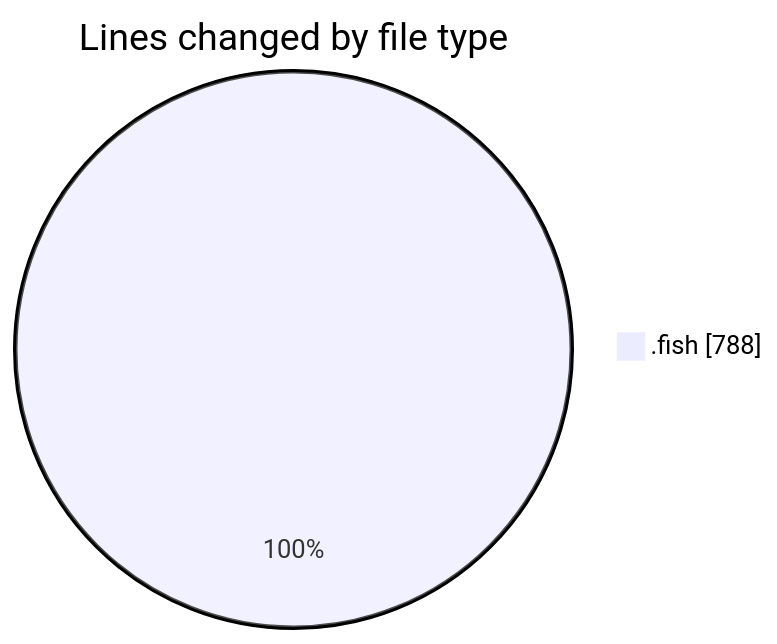
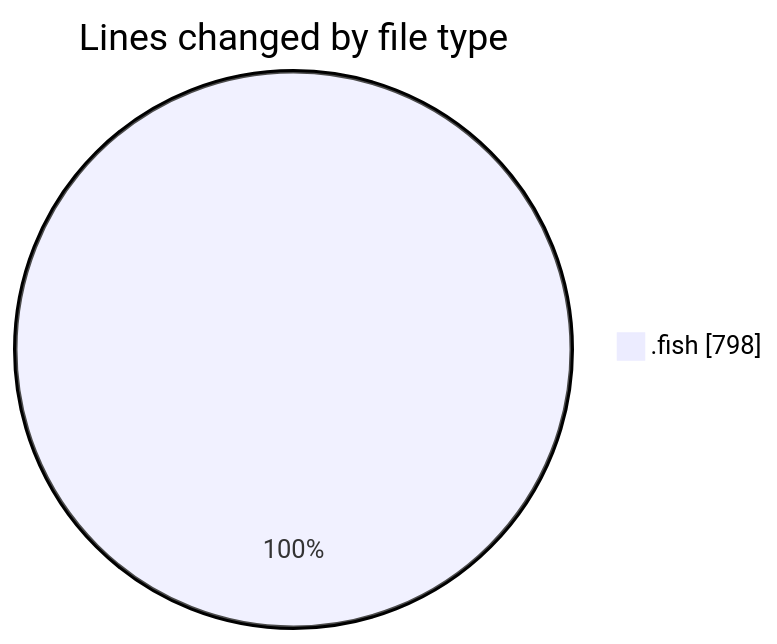
Before and after one commit to EIIisD/code-tracking: the first of 2 diagrams in 2025-07-12/fish/README.md, drawn with Mermaid. The commit also changed other lines of this file and 1 other file, not shown here.

````diff
--- a/2025-07-12/fish/README.md
+++ b/2025-07-12/fish/README.md
@@ -21,5 +21,5 @@
 ```mermaid
 pie showData
 title Lines changed by file type
-".fish" : 788
+".fish" : 798
 ```
````
